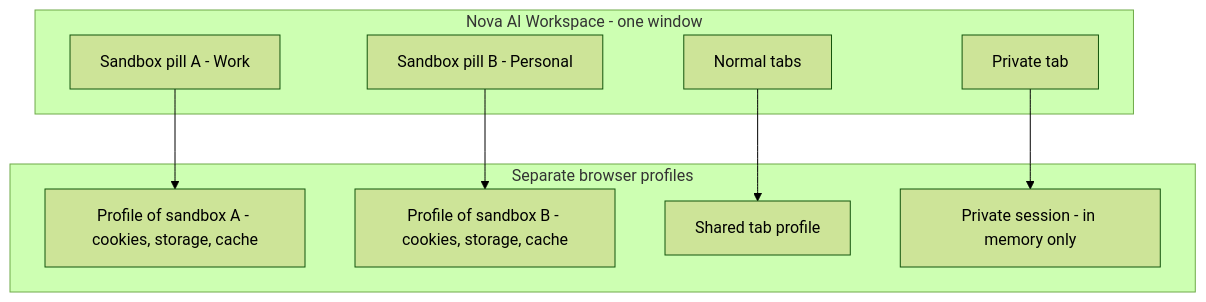
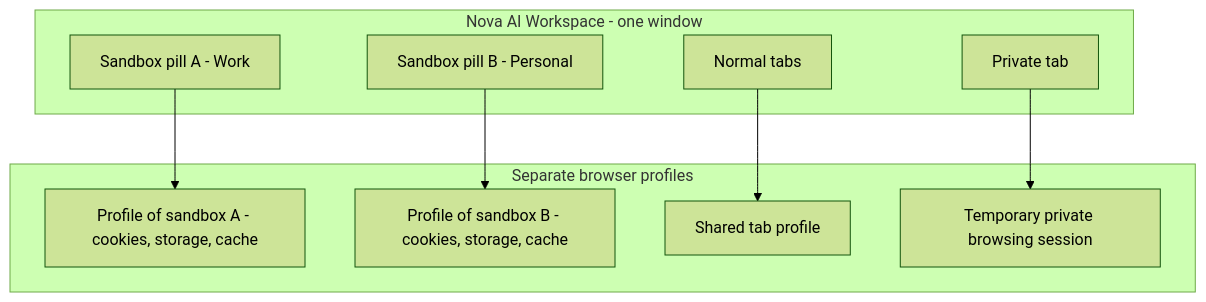
The diagram in docs/user-guide/sandboxes-and-profiles.md (joelaniol/nova), drawn with Mermaid (forest theme) before and after one commit. The commit also changed other lines of this file and 44 other files, not shown here.

````diff
--- a/docs/user-guide/sandboxes-and-profiles.md
+++ b/docs/user-guide/sandboxes-and-profiles.md
@@ -17,21 +17,21 @@
 ```mermaid
 flowchart TD
     subgraph NovaWindow["Nova AI Workspace - one window"]
         PillA["Sandbox pill A - Work"]
         PillB["Sandbox pill B - Personal"]
         Tabs["Normal tabs"]
         Private["Private tab"]
     end
 
     subgraph Profiles["Separate browser profiles"]
         ProfA["Profile of sandbox A - cookies, storage, cache"]
         ProfB["Profile of sandbox B - cookies, storage, cache"]
         ProfTabs["Shared tab profile"]
-        ProfPrivate["Private session - in memory only"]
+        ProfPrivate["Temporary private browsing session"]
     end
 
     PillA --> ProfA
     PillB --> ProfB
     Tabs --> ProfTabs
     Private --> ProfPrivate
 ```
````
